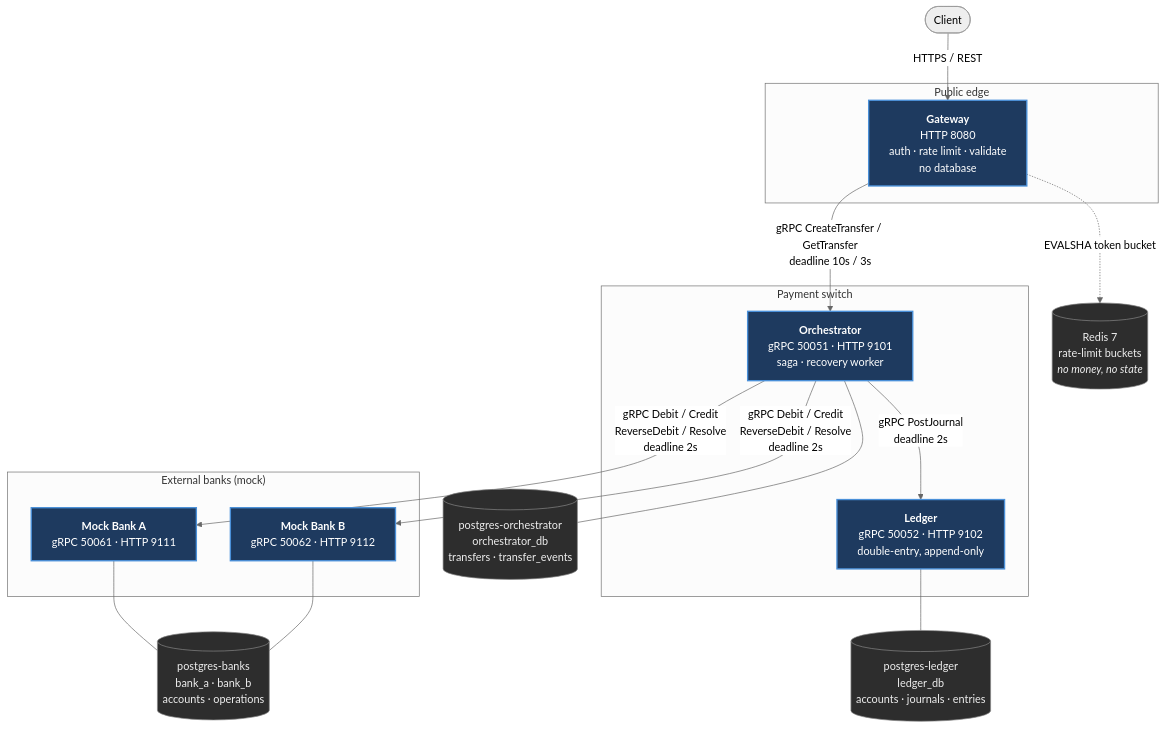
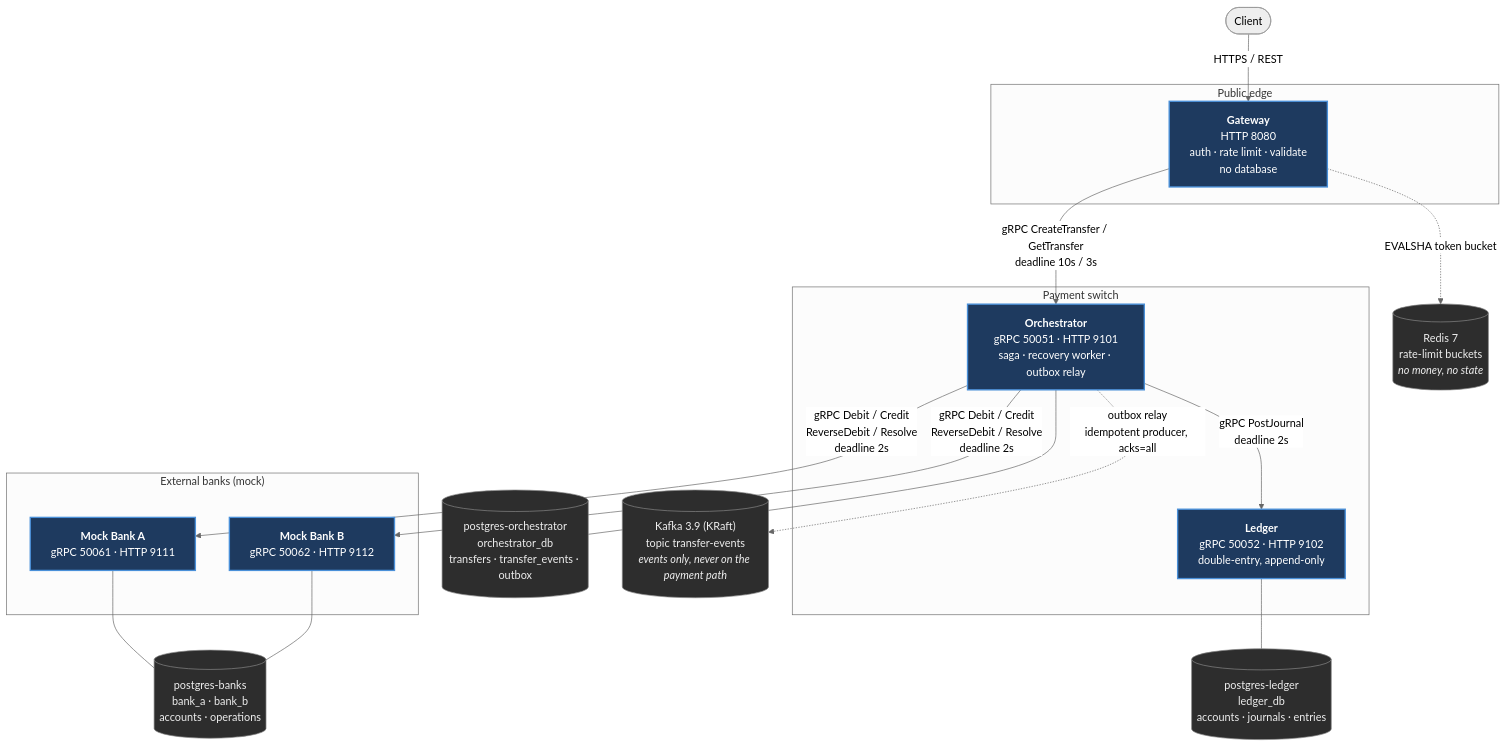
The diagram in docs/diagrams/architecture.mmd (rohan099dubey/payment-switch), drawn with Mermaid (neutral theme) before and after one commit. The commit also changed 32 other files, not shown here.

```diff
--- a/docs/diagrams/architecture.mmd
+++ b/docs/diagrams/architecture.mmd
@@ -1,41 +1,44 @@
 %% System architecture: 4 services, 4 data stores.
-%% Source: ARCHITECTURE.md section 4.
+%% Source: ARCHITECTURE.md section 4, plus phase 2 item 1 (section 19, ADR-025): the
+%% transactional outbox and Kafka.
 flowchart TB
     client([Client])
 
     subgraph edge["Public edge"]
         gw["<b>Gateway</b><br/>HTTP 8080<br/>auth · rate limit · validate<br/>no database"]
     end
 
     subgraph core["Payment switch"]
-        orch["<b>Orchestrator</b><br/>gRPC 50051 · HTTP 9101<br/>saga · recovery worker"]
+        orch["<b>Orchestrator</b><br/>gRPC 50051 · HTTP 9101<br/>saga · recovery worker · outbox relay"]
         ldg["<b>Ledger</b><br/>gRPC 50052 · HTTP 9102<br/>double-entry, append-only"]
     end
 
     subgraph ext["External banks (mock)"]
         bka["<b>Mock Bank A</b><br/>gRPC 50061 · HTTP 9111"]
         bkb["<b>Mock Bank B</b><br/>gRPC 50062 · HTTP 9112"]
     end
 
     redis[("Redis 7<br/>rate-limit buckets<br/><i>no money, no state</i>")]
-    pgo[("postgres-orchestrator<br/>orchestrator_db<br/>transfers · transfer_events")]
+    pgo[("postgres-orchestrator<br/>orchestrator_db<br/>transfers · transfer_events · outbox")]
+    kafka[("Kafka 3.9 (KRaft)<br/>topic transfer-events<br/><i>events only, never on the payment path</i>")]
     pgl[("postgres-ledger<br/>ledger_db<br/>accounts · journals · entries")]
     pgb[("postgres-banks<br/>bank_a · bank_b<br/>accounts · operations")]
 
     client -->|"HTTPS / REST"| gw
     gw -->|"gRPC CreateTransfer / GetTransfer<br/>deadline 10s / 3s"| orch
     gw -.->|"EVALSHA token bucket"| redis
 
     orch -->|"gRPC Debit / Credit<br/>ReverseDebit / Resolve<br/>deadline 2s"| bka
     orch -->|"gRPC Debit / Credit<br/>ReverseDebit / Resolve<br/>deadline 2s"| bkb
     orch -->|"gRPC PostJournal<br/>deadline 2s"| ldg
 
     orch --- pgo
+    orch -.->|"outbox relay<br/>idempotent producer, acks=all"| kafka
     ldg --- pgl
     bka --- pgb
     bkb --- pgb
 
     classDef svc fill:#1e3a5f,stroke:#4a90d9,stroke-width:2px,color:#fff
     classDef store fill:#2d2d2d,stroke:#888,stroke-width:1px,color:#eee
     class gw,orch,ldg,bka,bkb svc
-    class redis,pgo,pgl,pgb store
+    class redis,pgo,pgl,pgb,kafka store
```
